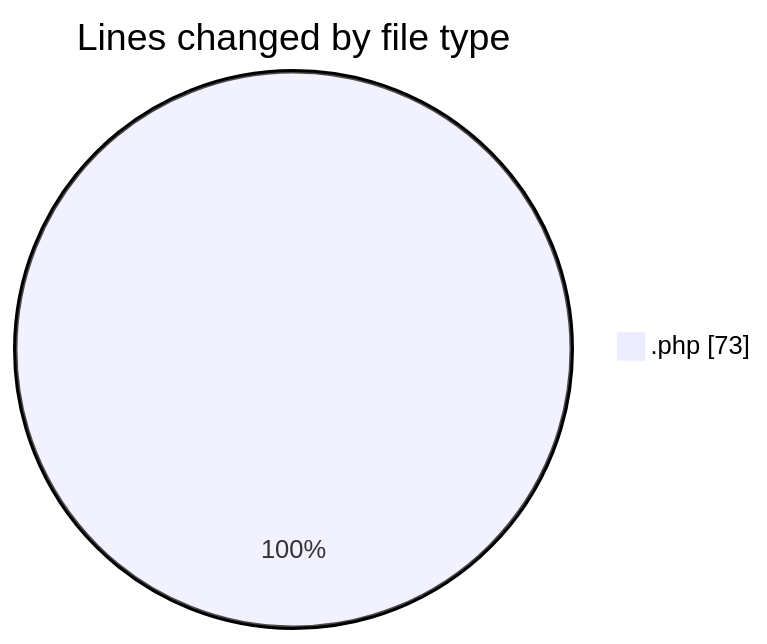
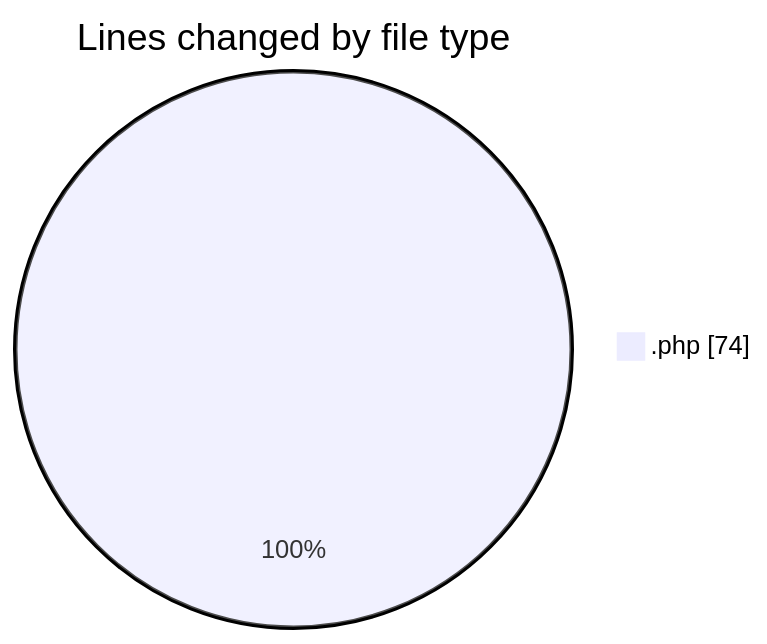
One commit to LanceThiago/code-tracking changed the first of 2 diagrams in 2026-08-31/web/README.md. Above: the diagram before and after it, drawn with Mermaid. The commit also changed other lines of this file and 1 other file, not shown here.

````diff
--- a/2026-08-31/web/README.md
+++ b/2026-08-31/web/README.md
@@ -21,5 +21,5 @@
 ```mermaid
 pie showData
 title Lines changed by file type
-".php" : 73
+".php" : 74
 ```
````
